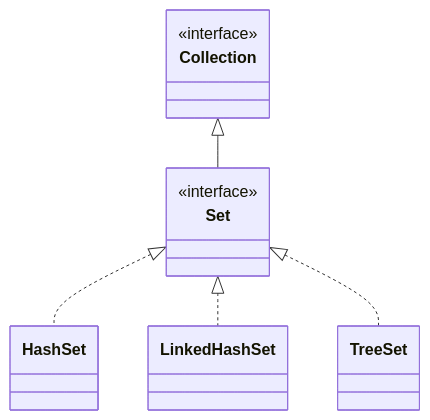
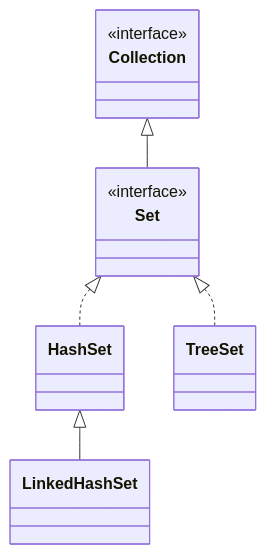
The diagram in PL/Java/IntermediateJava/10. Set Interface.md (GuardJo/tech-docs), drawn with Mermaid before and after one commit. The commit also changed other lines of this file and 3 other files, not shown here.

````diff
--- a/PL/Java/IntermediateJava/10. Set Interface.md
+++ b/PL/Java/IntermediateJava/10. Set Interface.md
@@ -27,17 +27,17 @@
 ```mermaid
 classDiagram
 
 class Collection
 class Set
 class HashSet
 class LinkedHashSet
 class TreeSet
 
 <<interface>> Collection
 <<interface>> Set
 
 Collection <|-- Set
 Set <|.. HashSet
-Set <|.. LinkedHashSet
+HashSet <|-- LinkedHashSet
 Set <|.. TreeSet
 ```
````
